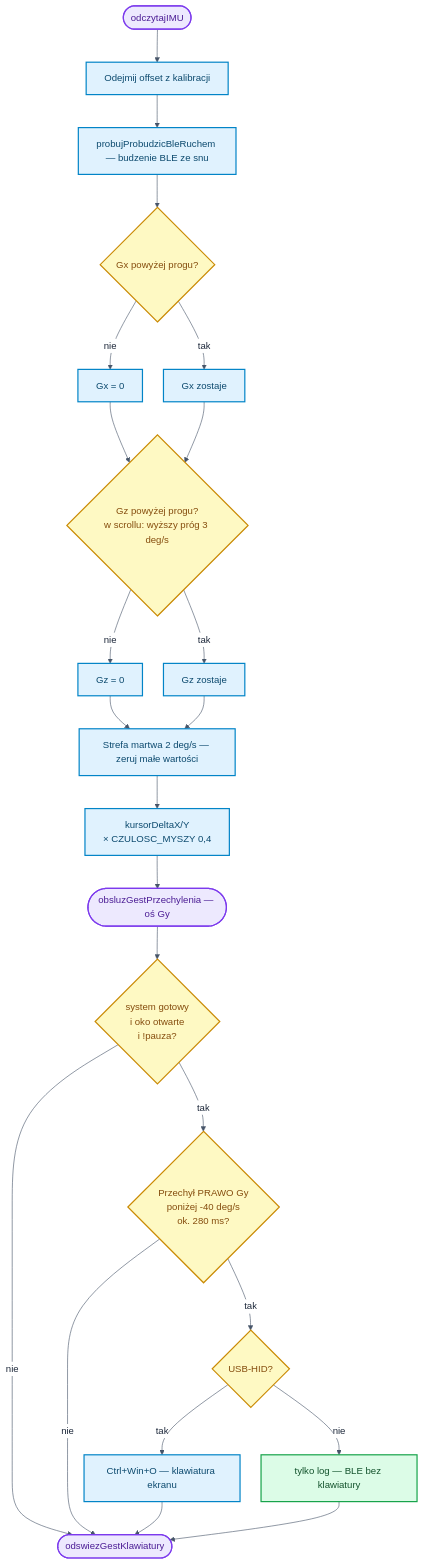
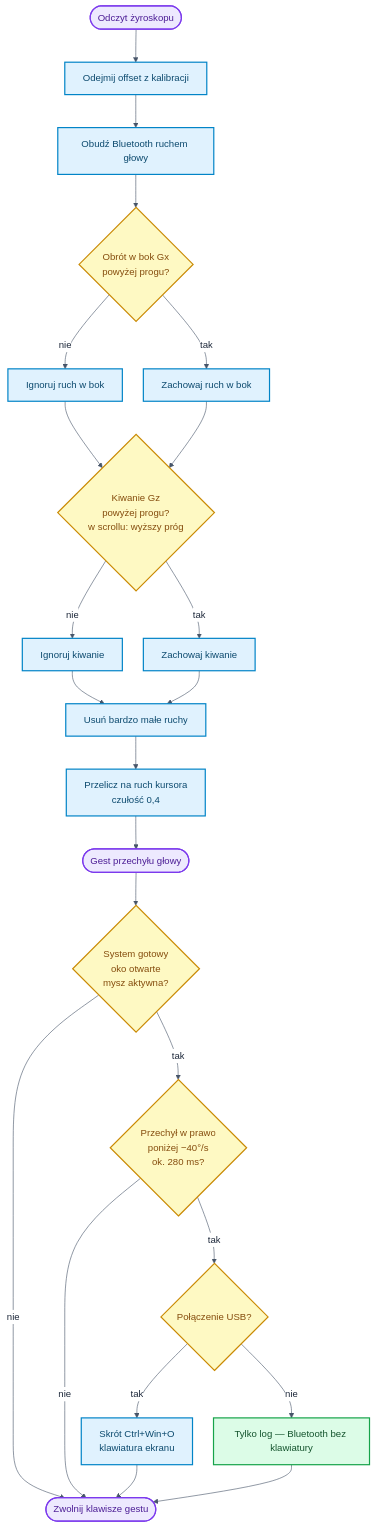
Before and after one commit to bartkadres-ai/HEFAS-4.0: the fourth of 10 diagrams in README.md, drawn with Mermaid. The commit also changed other lines of this file, not shown here.

````diff
--- a/README.md
+++ b/README.md
@@ -416,36 +416,36 @@
 ```mermaid
-%%{init: {'theme':'base','themeVariables':{'background':'#ffffff','mainBkg':'#ffffff','primaryColor':'#ffffff','primaryTextColor':'#1e293b','primaryBorderColor':'#64748b','lineColor':'#475569','edgeLabelBackground':'#ffffff'},'flowchart':{'curve':'basis','nodeSpacing':35,'rankSpacing':55}}}%%
+%%{init: {"theme":"base","themeVariables":{"background":"#ffffff","mainBkg":"#ffffff","secondaryColor":"#ffffff","tertiaryColor":"#ffffff","primaryColor":"#ffffff","primaryTextColor":"#1e293b","secondaryTextColor":"#1e293b","tertiaryTextColor":"#1e293b","primaryBorderColor":"#64748b","lineColor":"#475569","clusterBkg":"#f8fafc","clusterBorder":"#cbd5e1","edgeLabelBackground":"#ffffff","textColor":"#1e293b"},"themeCSS":".mermaid,.mermaid svg{background-color:#ffffff!important;padding:8px}.nodeLabel,.edgeLabel,.label,.cluster-label{color:#1e293b!important}.cluster rect{fill:#f8fafc!important;stroke:#cbd5e1!important}","flowchart":{"curve":"basis","nodeSpacing":35,"rankSpacing":55}}}%%
 flowchart TD
-    R([odczytajIMU]) --> OFF[Odejmij offset z kalibracji]
-    OFF --> BLEW[probujProbudzicBleRuchem — budzenie BLE ze snu]
-    BLEW --> PROGX{Gx powyżej progu?}
-    PROGX -->|nie| GX0[Gx = 0]
-    PROGX -->|tak| GX1[Gx zostaje]
+    R([Odczyt żyroskopu]) --> OFF[Odejmij offset z kalibracji]
+    OFF --> BLEW[Obudź Bluetooth ruchem głowy]
+    BLEW --> PROGX{Obrót w bok Gx<br/>powyżej progu?}
+    PROGX -->|nie| GX0[Ignoruj ruch w bok]
+    PROGX -->|tak| GX1[Zachowaj ruch w bok]
     GX0 --> PROGZ
-    GX1 --> PROGZ{Gz powyżej progu?<br/>w scrollu: wyższy próg 3 deg/s}
-    PROGZ -->|nie| GZ0[Gz = 0]
-    PROGZ -->|tak| GZ1[Gz zostaje]
+    GX1 --> PROGZ{Kiwanie Gz<br/>powyżej progu?<br/>w scrollu: wyższy próg}
+    PROGZ -->|nie| GZ0[Ignoruj kiwanie]
+    PROGZ -->|tak| GZ1[Zachowaj kiwanie]
     GZ0 --> MARTWA
-    GZ1 --> MARTWA[Strefa martwa 2 deg/s — zeruj małe wartości]
-    MARTWA --> DELTA["kursorDeltaX/Y<br/>× CZULOSC_MYSZY 0,4"]
-    DELTA --> G([obsluzGestPrzechylenia — oś Gy])
+    GZ1 --> MARTWA[Usuń bardzo małe ruchy]
+    MARTWA --> DELTA["Przelicz na ruch kursora<br/>czułość 0,4"]
+    DELTA --> G([Gest przechyłu głowy])
 
-    G --> GOK{system gotowy<br/>i oko otwarte<br/>i !pauza?}
-    GOK -->|nie| GKON([odswiezGestKlawiatury])
-    GOK -->|tak| GY{Przechył PRAWO Gy<br/>poniżej -40 deg/s<br/>ok. 280 ms?}
-    GY -->|tak| OSK{USB-HID?}
-    OSK -->|tak| KBD[Ctrl+Win+O — klawiatura ekranu]
-    OSK -->|nie| BLEONLY[tylko log — BLE bez klawiatury]
+    G --> GOK{System gotowy<br/>oko otwarte<br/>mysz aktywna?}
+    GOK -->|nie| GKON([Zwolnij klawisze gestu])
+    GOK -->|tak| GY{Przechył w prawo<br/>poniżej −40°/s<br/>ok. 280 ms?}
+    GY -->|tak| OSK{Połączenie USB?}
+    OSK -->|tak| KBD[Skrót Ctrl+Win+O<br/>klawiatura ekranu]
+    OSK -->|nie| BLEONLY[Tylko log — Bluetooth bez klawiatury]
     GY -->|nie| GKON
     KBD --> GKON
     BLEONLY --> GKON
 
     classDef startEnd fill:#ede9fe,stroke:#7c3aed,stroke-width:2px,color:#4c1d95
     classDef process fill:#e0f2fe,stroke:#0284c7,stroke-width:2px,color:#0c4a6e
     classDef decision fill:#fef9c3,stroke:#ca8a04,stroke-width:2px,color:#854d0e
     classDef io fill:#dcfce7,stroke:#16a34a,stroke-width:2px,color:#14532d
     class R,G,GKON startEnd
     class OFF,BLEW,GX0,GX1,GZ0,GZ1,MARTWA,DELTA,KBD process
     class PROGX,PROGZ,GOK,GY,OSK decision
     class BLEONLY io
 ```
````
